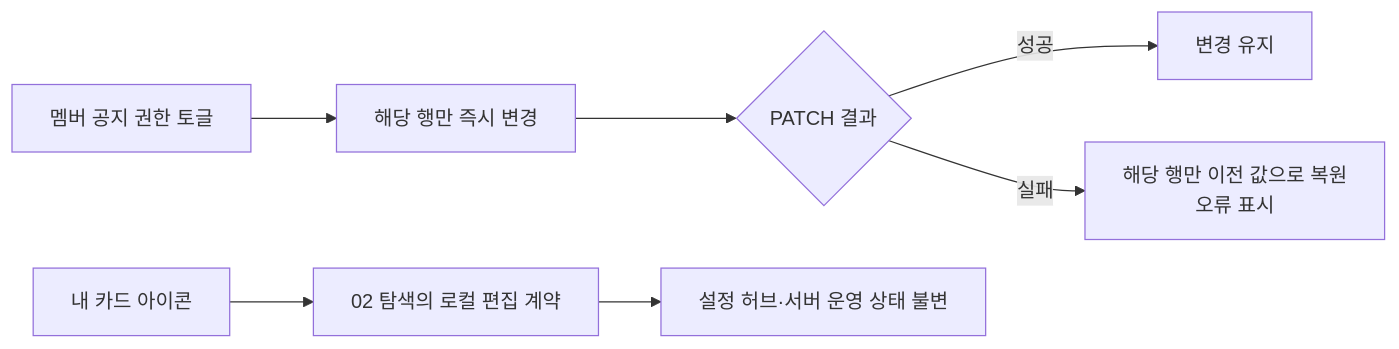
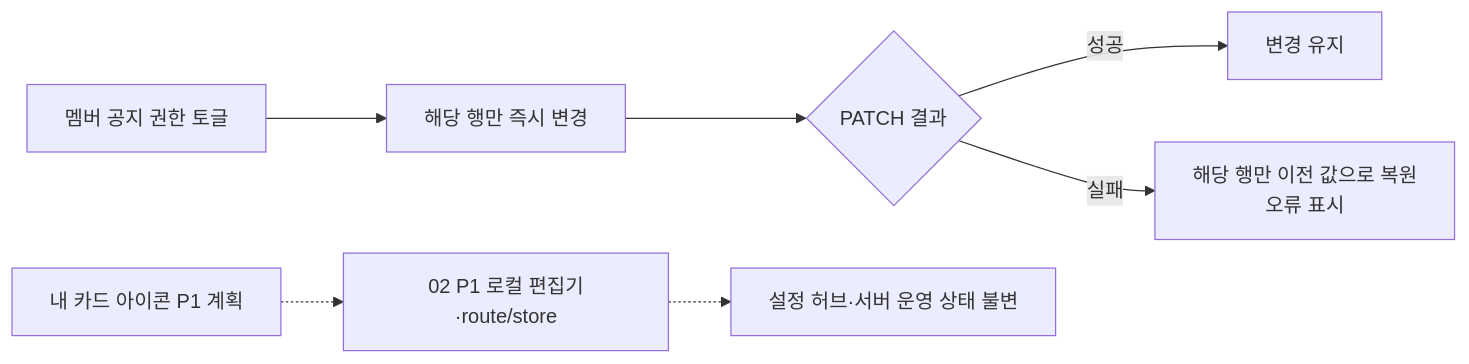
Before and after one commit to OneOrThree/phone: the fourth of 4 diagrams in docs/prd/group/features/04-operation/low-level-design.md, drawn with Mermaid. The commit also changed other lines of this file and 14 other files, not shown here.

````diff
--- a/docs/prd/group/features/04-operation/low-level-design.md
+++ b/docs/prd/group/features/04-operation/low-level-design.md
@@ -70,10 +70,10 @@
 ```mermaid
 flowchart LR
     Grant["멤버 공지 권한 토글"] --> Optimistic["해당 행만 즉시 변경"]
     Optimistic --> Patch{"PATCH 결과"}
     Patch -->|성공| Done["변경 유지"]
     Patch -->|실패| Rollback["해당 행만 이전 값으로 복원\n오류 표시"]
 
-    Emoji["내 카드 아이콘"] --> Editor["02 탐색의 로컬 편집 계약"]
-    Editor --> Return["설정 허브·서버 운영 상태 불변"]
+    Emoji["내 카드 아이콘 P1 계획"] -.-> Editor["02 P1 로컬 편집기·route/store"]
+    Editor -.-> Return["설정 허브·서버 운영 상태 불변"]
 ```
````
